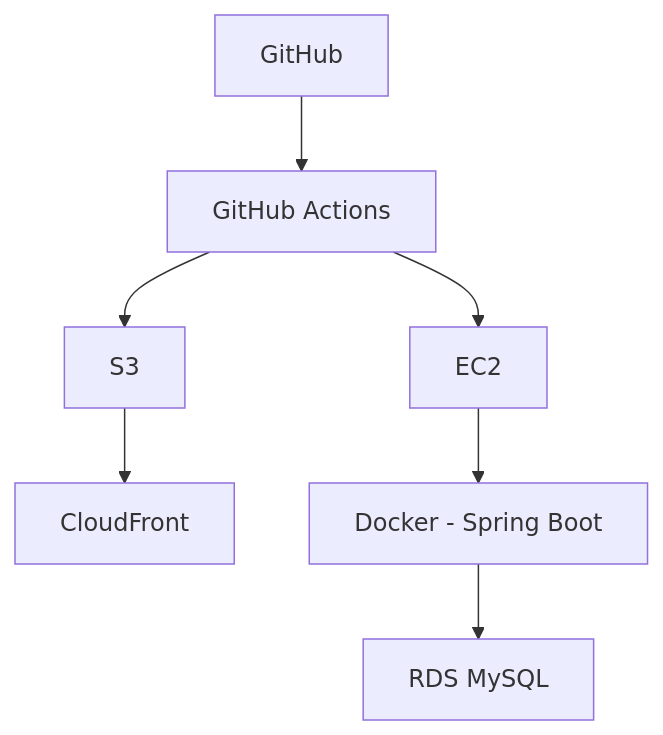
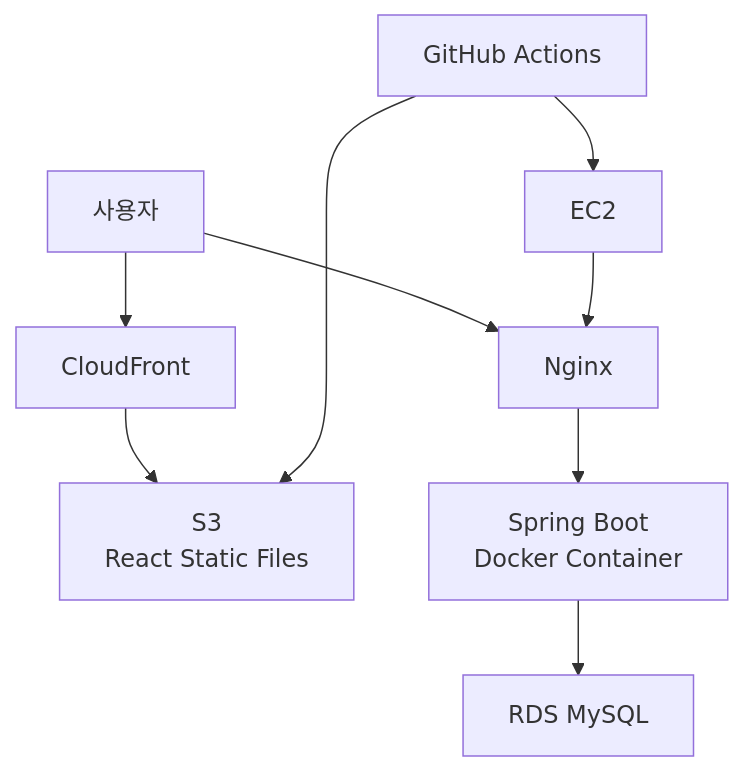
Before and after one commit to jeongbin5211/saas-wms-demo: the second of 4 diagrams in README.md, drawn with Mermaid. The commit also changed other lines of this file, not shown here.

````diff
--- a/README.md
+++ b/README.md
@@ -484,17 +183,20 @@
 ```mermaid
 flowchart TD
-    GH["GitHub"]
+    USER["사용자"]
+    CF["CloudFront"]
+    S3["S3<br/>React Static Files"]
+    EC2["EC2"]
+    NGINX["Nginx"]
+    API["Spring Boot<br/>Docker Container"]
+    RDS["RDS MySQL"]
     GA["GitHub Actions"]
-    S3["S3"]
-    CF["CloudFront"]
-    EC2["EC2"]
-    DOCKER["Docker - Spring Boot"]
-    RDS["RDS MySQL"]
 
-    GH --> GA
+    USER --> CF
+    CF --> S3
+    USER --> NGINX
+    NGINX --> API
+    EC2 --> NGINX
+    API --> RDS
     GA --> S3
     GA --> EC2
-    S3 --> CF
-    EC2 --> DOCKER
-    DOCKER --> RDS
 ```
````
